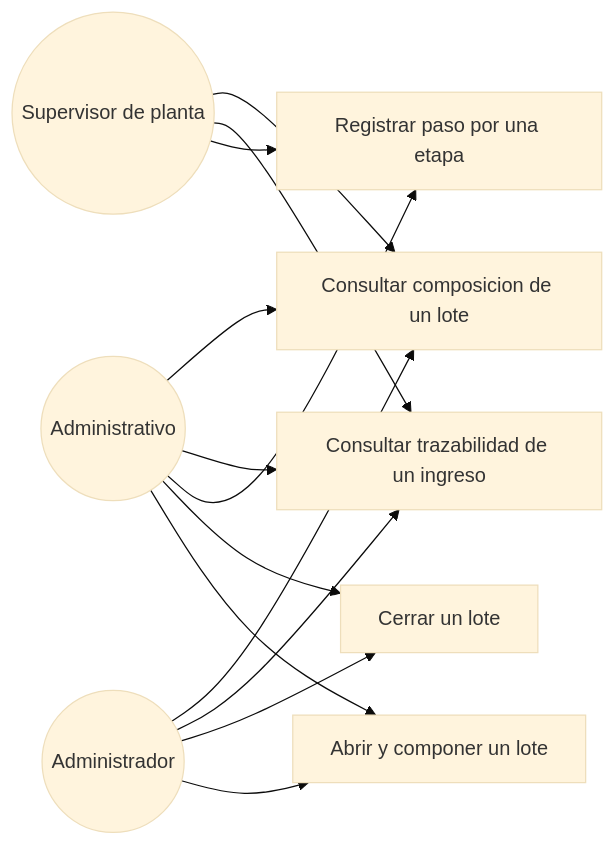
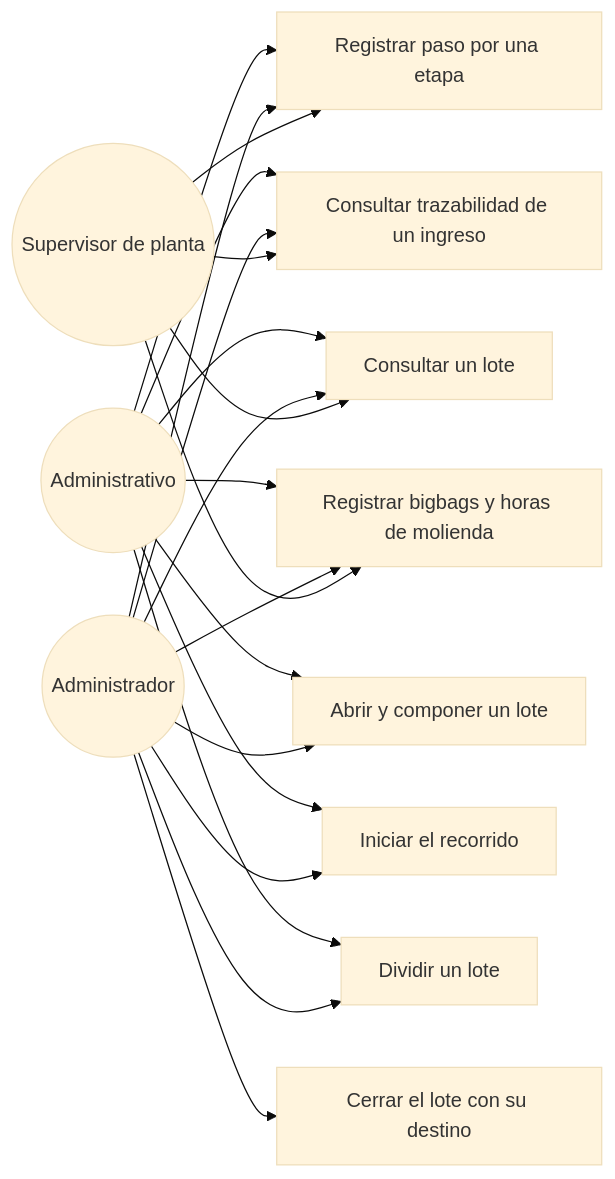
One commit to adlerOmonte1/LogisticaMinera changed the diagram in docs/modulos/M06-trazabilidad/diagramas/caso_uso.md. Above: the diagram before and after it, drawn with Mermaid (base theme). The commit also changed other lines of this file and 9 other files, not shown here.

````diff
--- a/docs/modulos/M06-trazabilidad/diagramas/caso_uso.md
+++ b/docs/modulos/M06-trazabilidad/diagramas/caso_uso.md
@@ -3,25 +3,35 @@
 ```mermaid
 flowchart LR
     SUP(("Supervisor de planta"))
     ADV(("Administrativo"))
     ADM(("Administrador"))
 
     UC1["Abrir y componer un lote"]
-    UC2["Cerrar un lote"]
+    UC2["Iniciar el recorrido"]
     UC3["Registrar paso por una etapa"]
     UC4["Consultar trazabilidad de un ingreso"]
-    UC5["Consultar composicion de un lote"]
+    UC5["Consultar un lote"]
+    UC6["Dividir un lote"]
+    UC7["Registrar bigbags y horas de molienda"]
+    UC8["Cerrar el lote con su destino"]
 
     ADV --> UC1
     ADV --> UC2
     ADV --> UC3
     ADV --> UC4
     ADV --> UC5
+    ADV --> UC6
+    ADV --> UC7
     ADM --> UC1
     ADM --> UC2
+    ADM --> UC3
     ADM --> UC4
     ADM --> UC5
+    ADM --> UC6
+    ADM --> UC7
+    ADM --> UC8
     SUP --> UC3
     SUP --> UC4
     SUP --> UC5
+    SUP --> UC7
 ```
````
